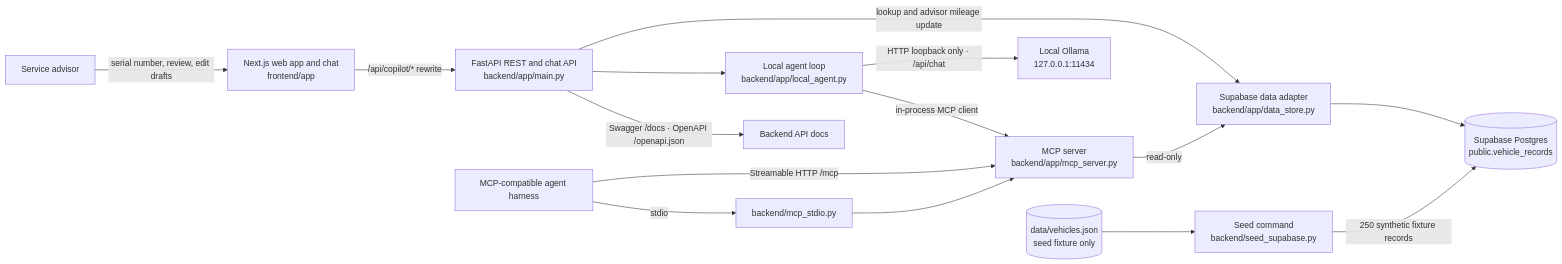
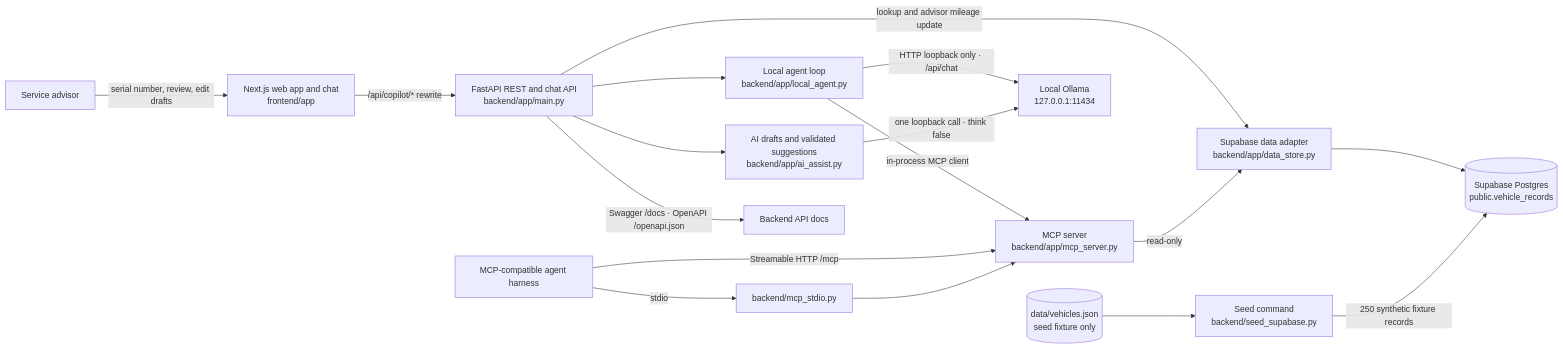
The diagram in README.md (arsalanshakil-dev/service-lane-copilot), drawn with Mermaid before and after one commit. The commit also changed other lines of this file and 10 other files, not shown here.

````diff
--- a/README.md
+++ b/README.md
@@ -13,17 +13,19 @@
 ```mermaid
 flowchart LR
     Advisor[Service advisor] -->|serial number, review, edit drafts| Web[Next.js web app and chat\nfrontend/app]
     Web -->|/api/copilot/* rewrite| API[FastAPI REST and chat API\nbackend/app/main.py]
     API -->|lookup and advisor mileage update| Store[Supabase data adapter\nbackend/app/data_store.py]
     Store --> Data[(Supabase Postgres\npublic.vehicle_records)]
     Seed[Seed command\nbackend/seed_supabase.py] -->|250 synthetic fixture records| Data
     Fixture[(data/vehicles.json\nseed fixture only)] --> Seed
     API --> Agent[Local agent loop\nbackend/app/local_agent.py]
     Agent -->|HTTP loopback only · /api/chat| Ollama[Local Ollama\n127.0.0.1:11434]
+    API --> Assist[AI drafts and validated suggestions\nbackend/app/ai_assist.py]
+    Assist -->|one loopback call · think false| Ollama
     Agent -->|in-process MCP client| MCP
     Harness[MCP-compatible agent harness] -->|Streamable HTTP /mcp| MCP[MCP server\nbackend/app/mcp_server.py]
     Harness -->|stdio| Launcher[backend/mcp_stdio.py]
     Launcher --> MCP
     MCP -->|read-only| Store
     API -->|Swagger /docs · OpenAPI /openapi.json| Docs[Backend API docs]
 ```
````
